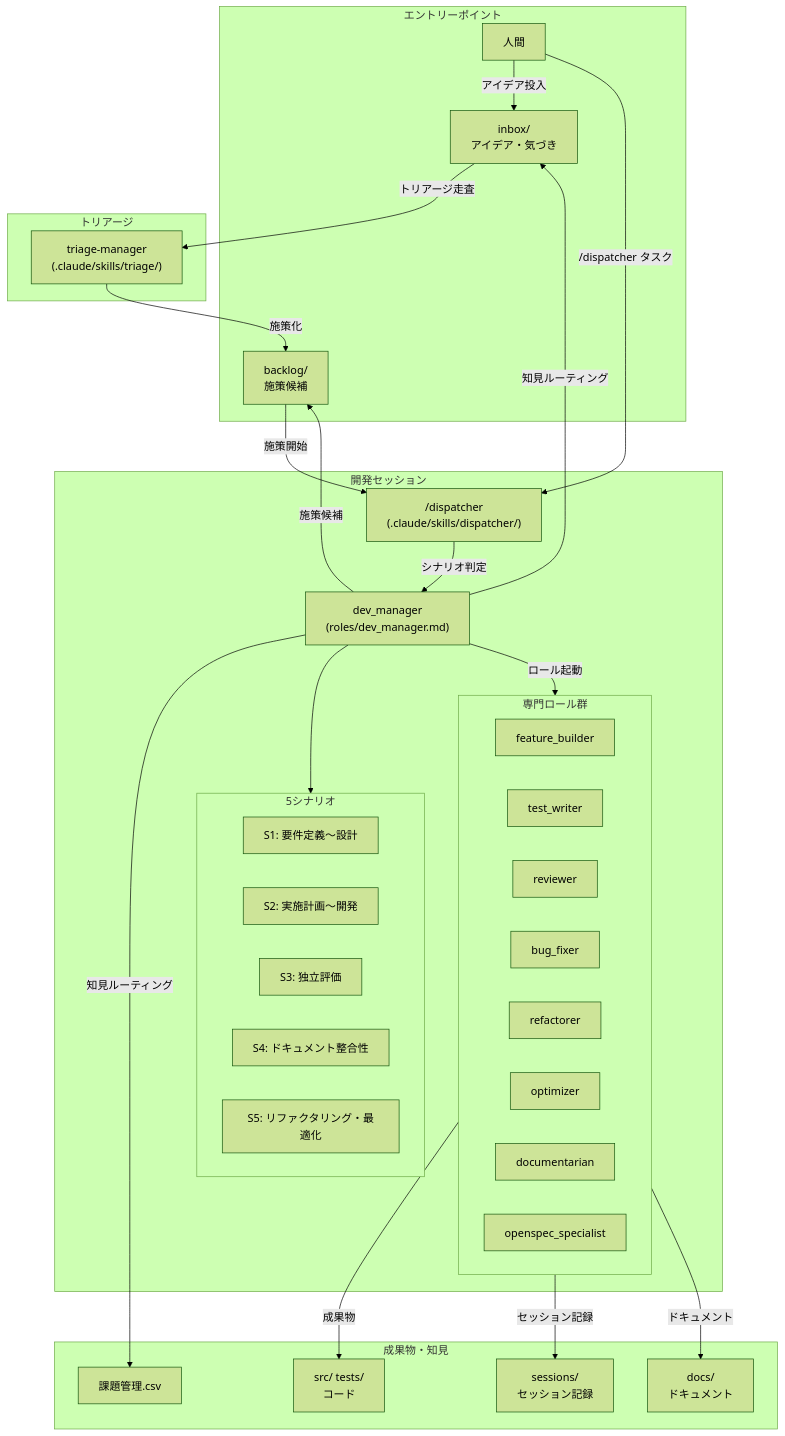
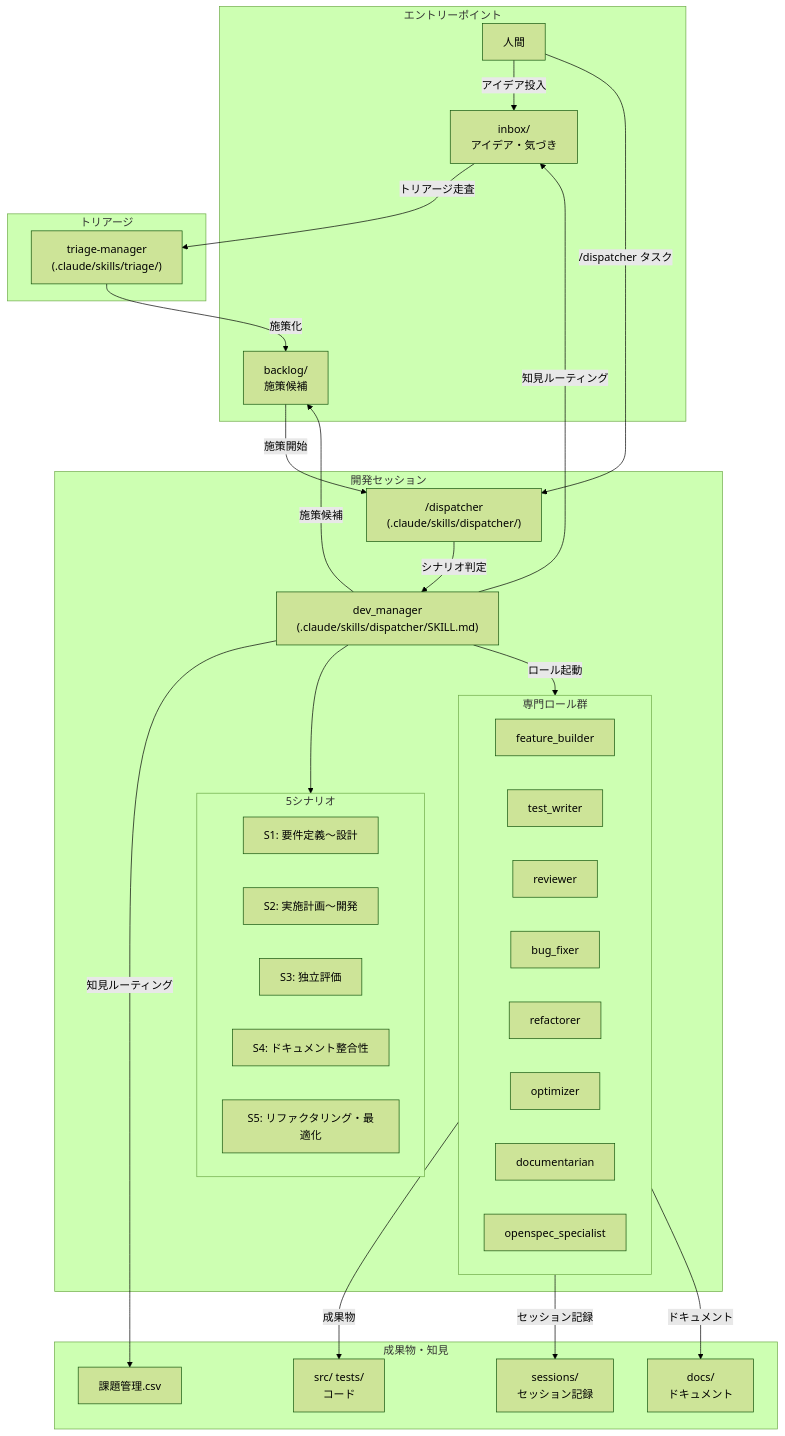
Before and after one commit to ryo12-n/ai-driven-dev-patterns: the first of 3 diagrams in docs/design-process-guide.md, drawn with Mermaid (forest theme). The commit also changed other lines of this file and 52 other files, not shown here.

First line of the commit message:
chore(agents): roles/ → .claude/agents/ 移行

````diff
--- a/docs/design-process-guide.md
+++ b/docs/design-process-guide.md
@@ -11,58 +11,58 @@
 ```mermaid
 flowchart TB
     subgraph Entry["エントリーポイント"]
         Human["人間"]
         Inbox["inbox/<br/>アイデア・気づき"]
         Backlog["backlog/<br/>施策候補"]
     end
 
     subgraph Triage["トリアージ"]
         TriageMgr["triage-manager<br/>(.claude/skills/triage/)"]
     end
 
     subgraph DevSession["開発セッション"]
         Dispatcher["/dispatcher<br/>(.claude/skills/dispatcher/)"]
-        DevMgr["dev_manager<br/>(roles/dev_manager.md)"]
+        DevMgr["dev_manager<br/>(.claude/skills/dispatcher/SKILL.md)"]
 
         subgraph Scenario["5シナリオ"]
             S1["S1: 要件定義〜設計"]
             S2["S2: 実施計画〜開発"]
             S3["S3: 独立評価"]
             S4["S4: ドキュメント整合性"]
             S5["S5: リファクタリング・最適化"]
         end
 
         subgraph Roles["専門ロール群"]
             FB["feature_builder"]
             TW["test_writer"]
             RV["reviewer"]
             BF["bug_fixer"]
             RF["refactorer"]
             OP["optimizer"]
             DC["documentarian"]
             OS["openspec_specialist"]
         end
     end
 
     subgraph Output["成果物・知見"]
         Sessions["sessions/<br/>セッション記録"]
         Code["src/ tests/<br/>コード"]
         Docs["docs/<br/>ドキュメント"]
         CSV["課題管理.csv"]
     end
 
     Human -->|"アイデア投入"| Inbox
     Human -->|"/dispatcher タスク"| Dispatcher
     Inbox -->|"トリアージ走査"| TriageMgr
     TriageMgr -->|"施策化"| Backlog
     Backlog -->|"施策開始"| Dispatcher
     Dispatcher -->|"シナリオ判定"| DevMgr
     DevMgr --> Scenario
     DevMgr -->|"ロール起動"| Roles
     Roles -->|"成果物"| Code
     Roles -->|"セッション記録"| Sessions
     Roles -->|"ドキュメント"| Docs
     DevMgr -->|"知見ルーティング"| CSV
     DevMgr -->|"知見ルーティング"| Inbox
     DevMgr -->|"施策候補"| Backlog
 ```
````
